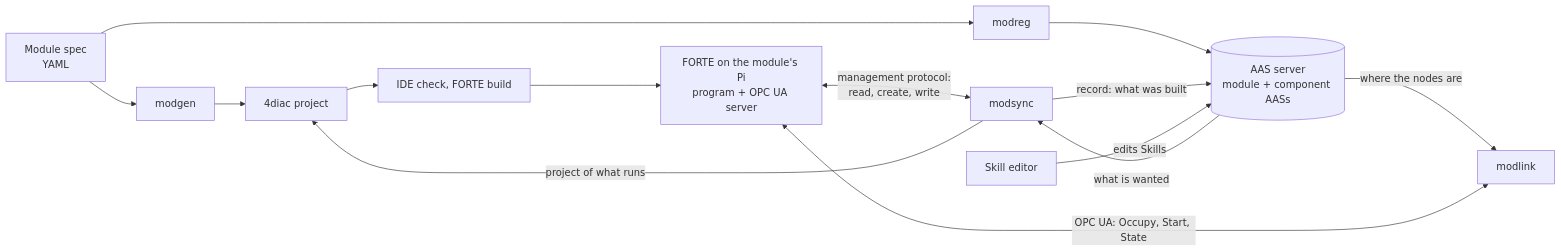
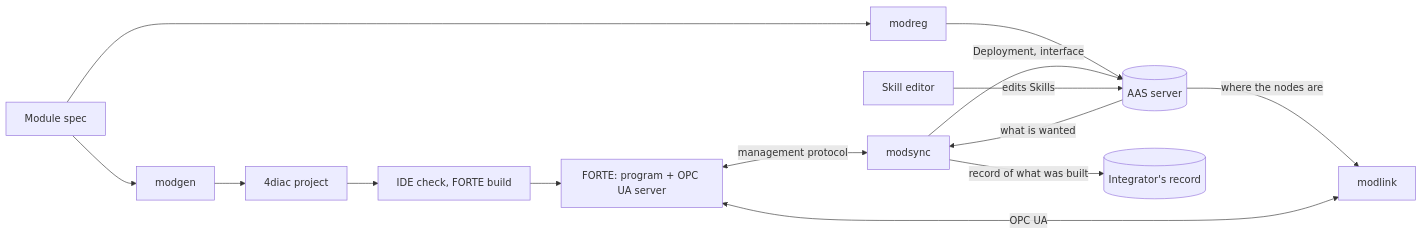
One commit to AAUSmartProductionLab/iec61499-mgmt-py changed the diagram in docs/tools.md. Above: the diagram before and after it, drawn with Mermaid. The commit also changed other lines of this file and 1 other file, not shown here.

Commit message:
Docs: how modgen, modsync and modlink work, for the paper; what could be simpler

````diff
--- a/docs/tools.md
+++ b/docs/tools.md
@@ -24,13 +39,13 @@
 ```mermaid
 flowchart LR
-    spec[Module spec<br/>YAML] --> modgen --> project[4diac project] --> build[IDE check, FORTE build] --> forte
-    spec --> modreg --> aas[(AAS server<br/>module + component AASs)]
-    forte[FORTE on the module's Pi<br/>program + OPC UA server]
+    spec[Module spec] --> modgen --> project[4diac project] --> build[IDE check, FORTE build] --> forte
+    spec --> modreg --> aas[(AAS server)]
+    forte[FORTE: program + OPC UA server]
     aas -->|what is wanted| modsync
-    forte <-->|management protocol:<br/>read, create, write| modsync
-    modsync -->|record: what was built| aas
-    modsync -->|project of what runs| project
+    forte <-->|management protocol| modsync
+    modsync -->|Deployment, interface| aas
+    modsync -->|record of what was built| record[(Integrator's record)]
     aas -->|where the nodes are| modlink
-    modlink <-->|OPC UA: Occupy, Start, State| forte
+    modlink <-->|OPC UA| forte
     editor[Skill editor] -->|edits Skills| aas
 ```
````
